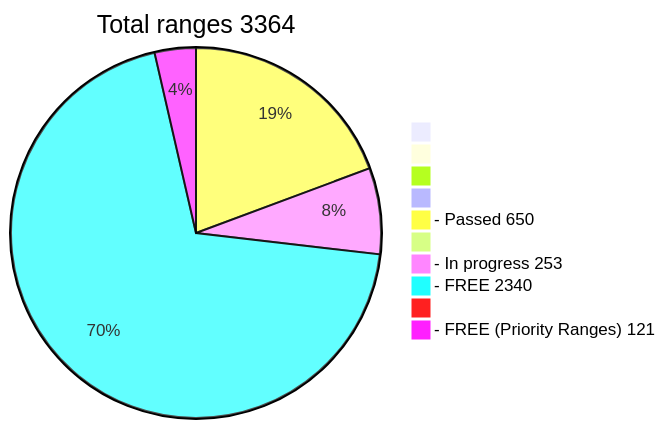
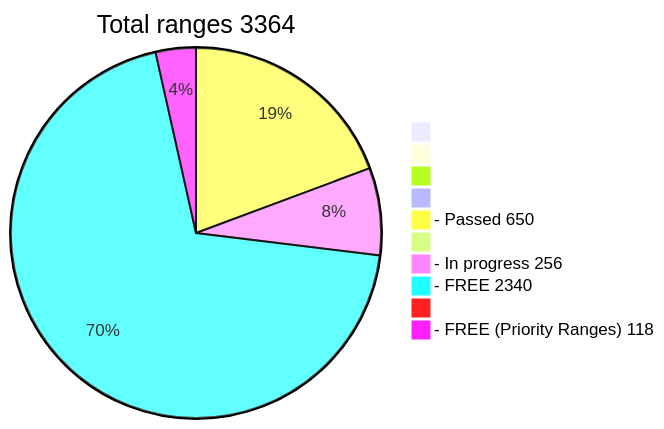
The diagram in README.md (phrutis/wif500), drawn with Mermaid before and after one commit.

````diff
--- a/README.md
+++ b/README.md
@@ -16,13 +16,13 @@
 ```mermaid
 pie title Total ranges 3364
              " " : 0
             "  " : 0
            "   " : 0
           "    " : 0
   "- Passed 650" : 650
          "     " : 0
-  "- In progress 253" : 253
+  "- In progress 256" : 256
    "- FREE 2340" : 2340
         "      " : 0
-  "- FREE (Priority Ranges) 121" : 121
+  "- FREE (Priority Ranges) 118" : 118
 ```
````
